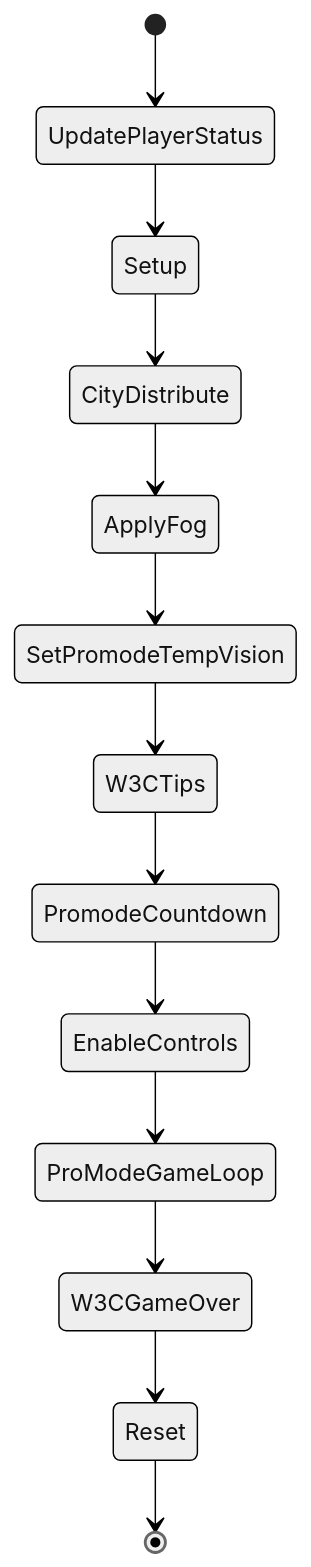
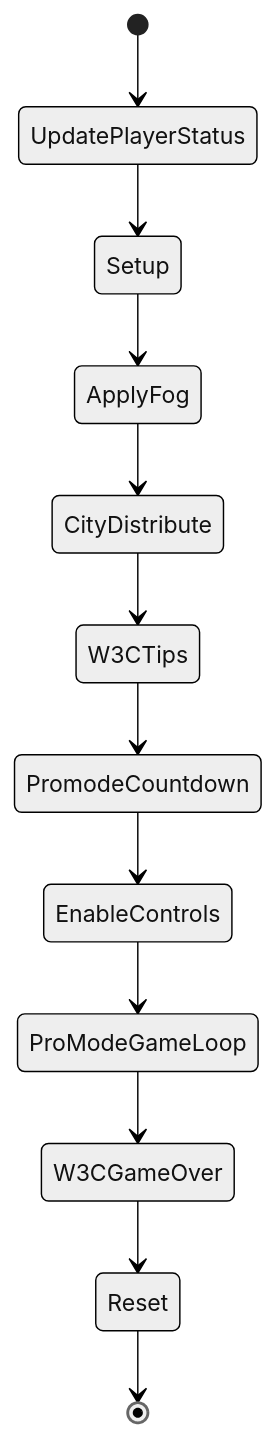
One commit to Warcraft-3-Risk/wc3-risk-system changed the fifth of 7 diagrams in website/public/game-guide-content/game-modes.md. Above: the diagram before and after it, drawn with Mermaid (neutral theme). The commit also changed other lines of this file and 19 other files, not shown here.

````diff
--- a/website/public/game-guide-content/game-modes.md
+++ b/website/public/game-guide-content/game-modes.md
@@ -192,15 +190,14 @@
 ```mermaid
 stateDiagram-v2
     [*] --> UpdatePlayerStatus
     UpdatePlayerStatus --> Setup
-    Setup --> CityDistribute
-    CityDistribute --> ApplyFog
-    ApplyFog --> SetPromodeTempVision
-    SetPromodeTempVision --> W3CTips
+    Setup --> ApplyFog
+    ApplyFog --> CityDistribute
+    CityDistribute --> W3CTips
     W3CTips --> PromodeCountdown
     PromodeCountdown --> EnableControls
     EnableControls --> ProModeGameLoop
     ProModeGameLoop --> W3CGameOver
     W3CGameOver --> Reset
     Reset --> [*]
 ```
````
